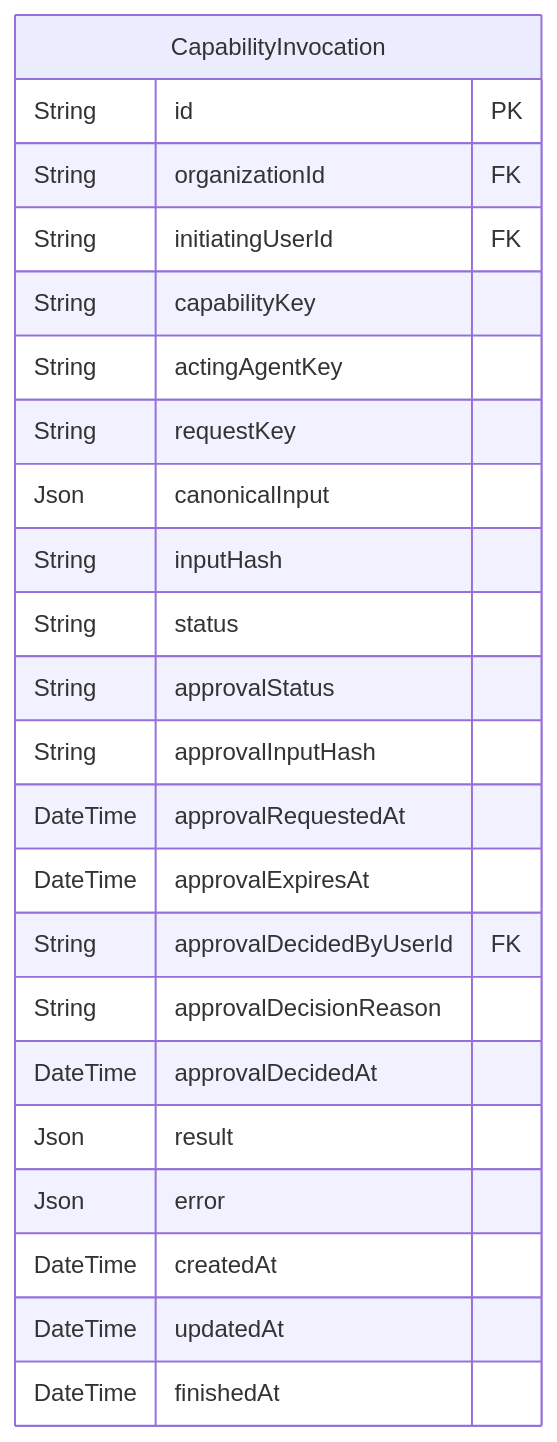
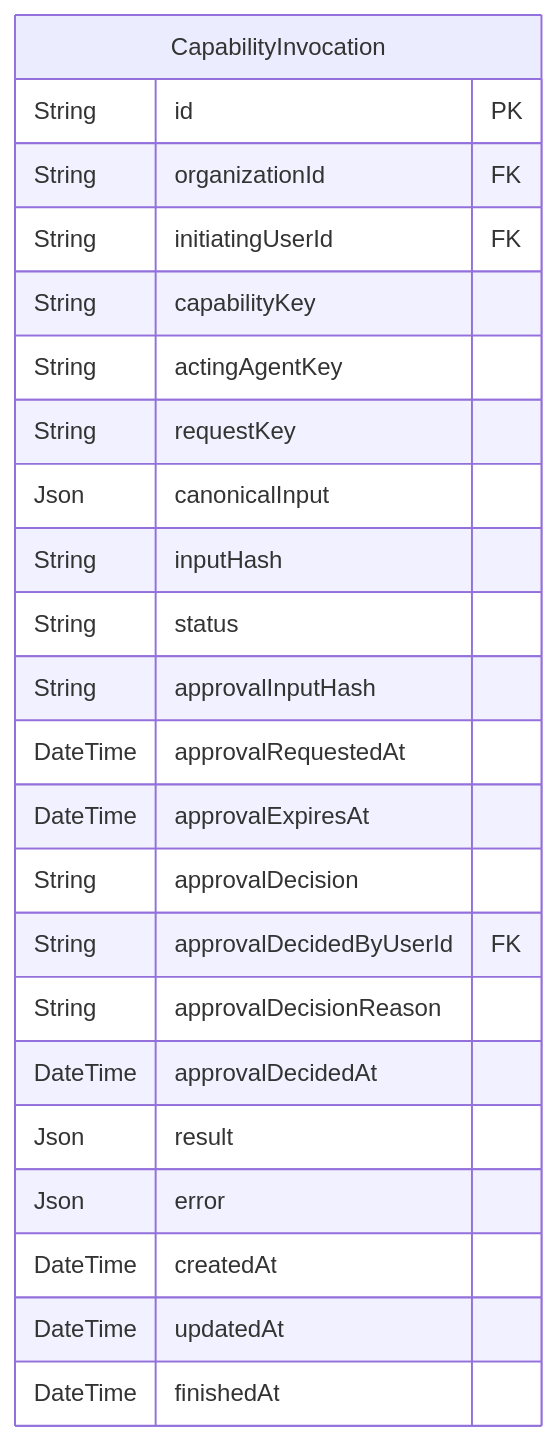
Before and after one commit to AgentFoundry-Labs/kiditem: the diagram in docs/erd/agentos.md, drawn with Mermaid. The commit also changed 365 other files, not shown here.

````diff
--- a/docs/erd/agentos.md
+++ b/docs/erd/agentos.md
@@ -16,26 +16,26 @@
 ```mermaid
 erDiagram
   CapabilityInvocation {
     String id PK
     String organizationId FK
     String initiatingUserId FK
     String capabilityKey
     String actingAgentKey
     String requestKey
     Json canonicalInput
     String inputHash
     String status
-    String approvalStatus
     String approvalInputHash
     DateTime approvalRequestedAt
     DateTime approvalExpiresAt
+    String approvalDecision
     String approvalDecidedByUserId FK
     String approvalDecisionReason
     DateTime approvalDecidedAt
     Json result
     Json error
     DateTime createdAt
     DateTime updatedAt
     DateTime finishedAt
   }
 ```
````
